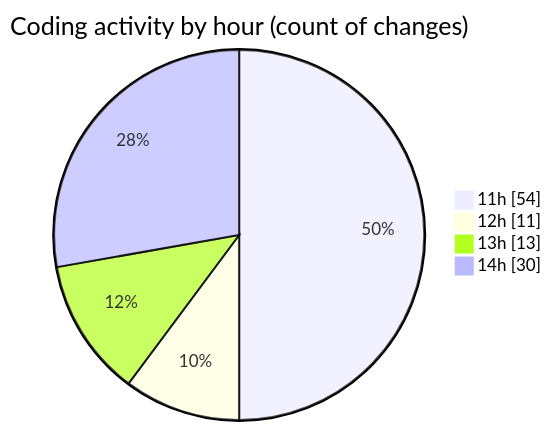
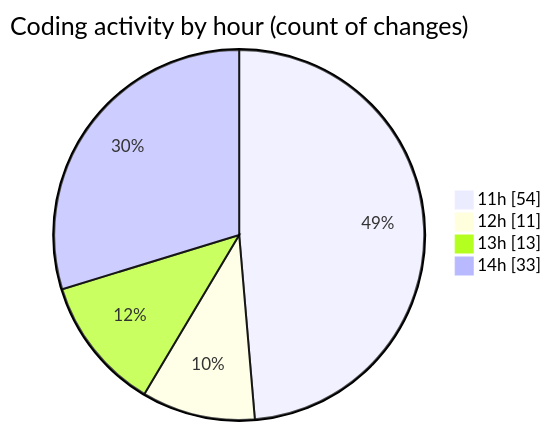
Before and after one commit to robertbonfada/code-tracking: the second of 2 diagrams in 2025-03-17/audiobooks-web/README.md, drawn with Mermaid. The commit also changed other lines of this file and 1 other file, not shown here.

````diff
--- a/2025-03-17/audiobooks-web/README.md
+++ b/2025-03-17/audiobooks-web/README.md
@@ -42,8 +42,8 @@
 ```mermaid
 pie showData
 title Coding activity by hour (count of changes)
 "11h" : 54
 "12h" : 11
 "13h" : 13
-"14h" : 30
+"14h" : 33
 ```
````
